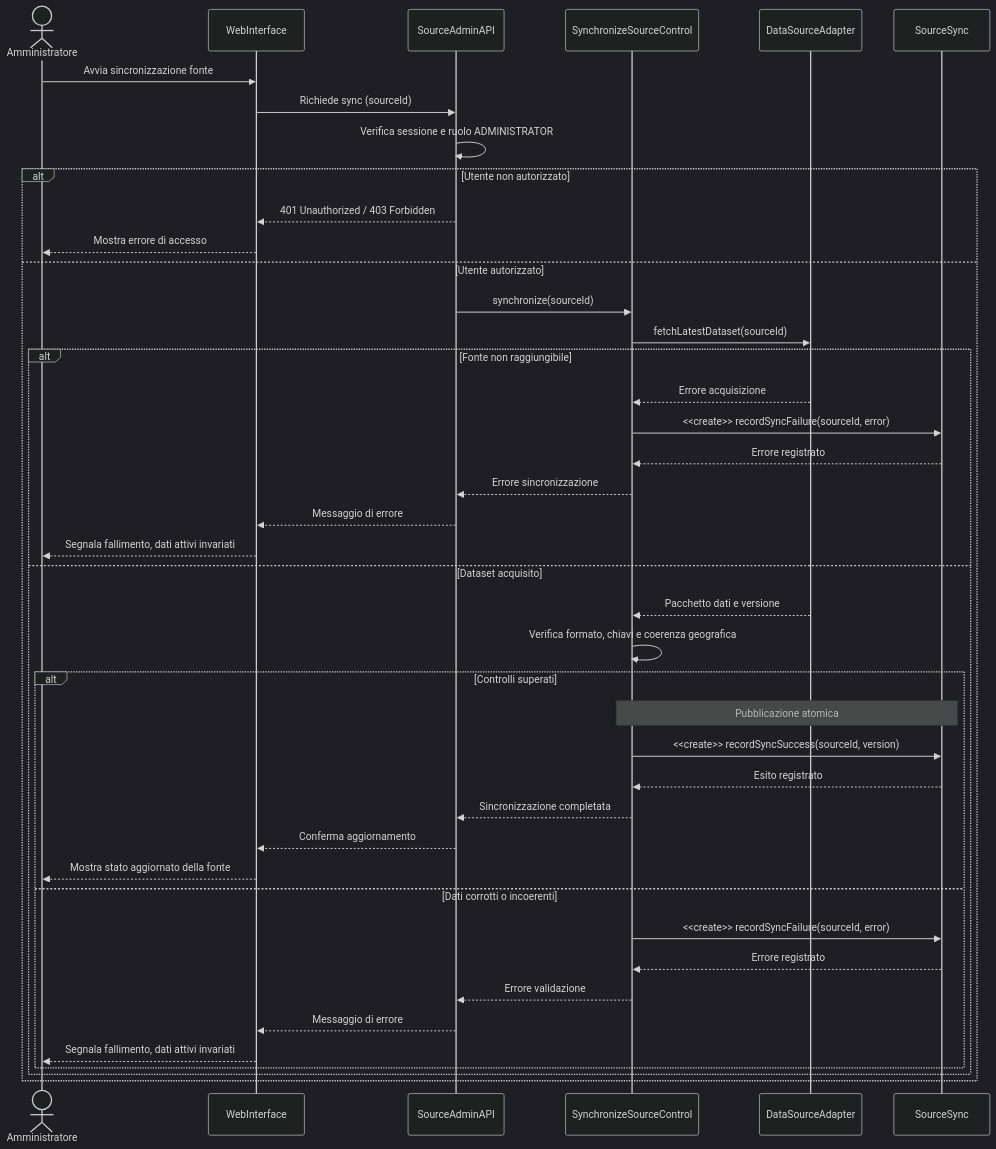
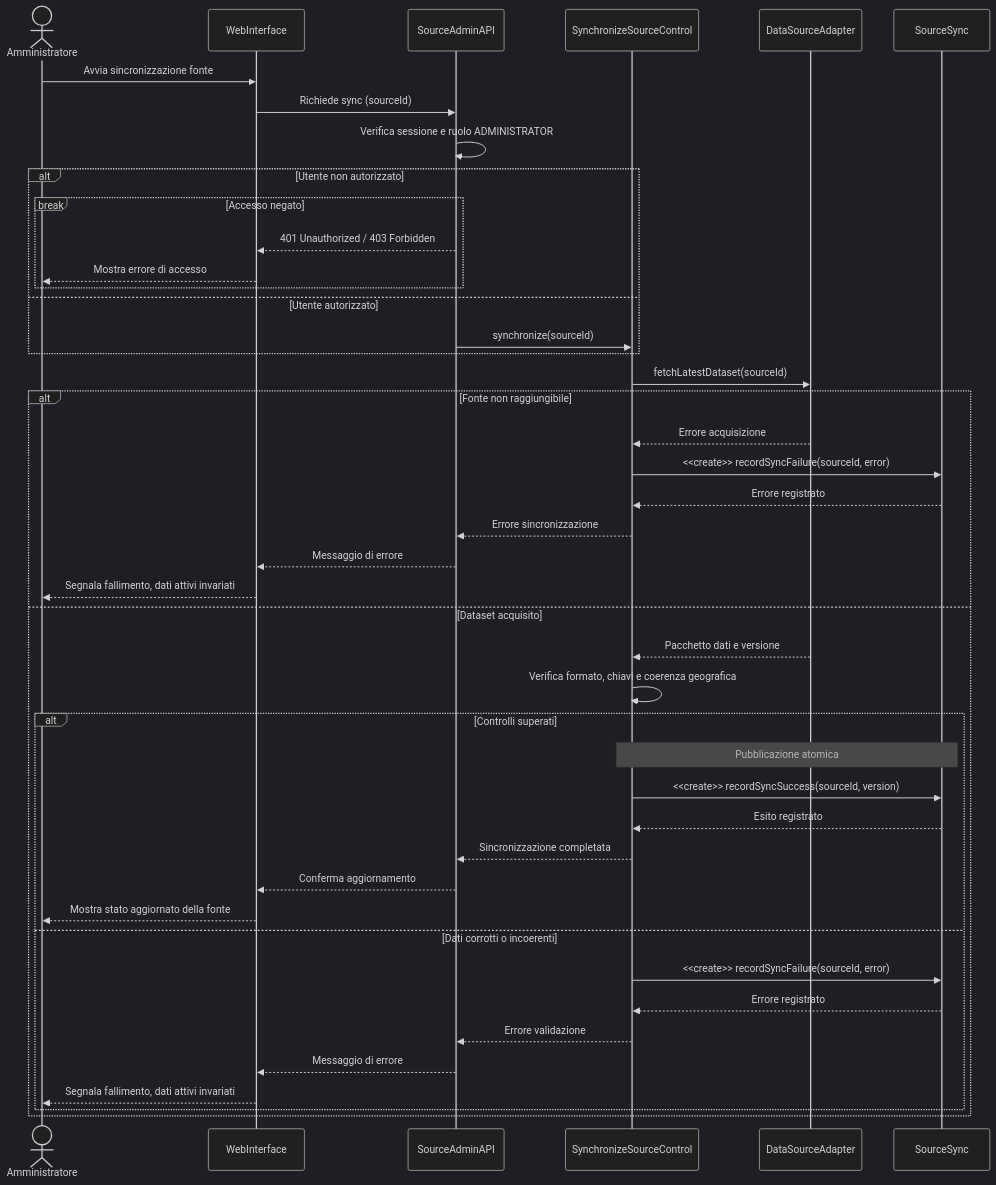
One commit to kairosci/aegis changed the eighth of 12 diagrams in docs/RAD.md. Above: the diagram before and after it, drawn with Mermaid (dark theme). The commit also changed other lines of this file and 2 other files, not shown here.

````diff
--- a/docs/RAD.md
+++ b/docs/RAD.md
@@ -847,44 +749,46 @@
 ```mermaid
 sequenceDiagram
   actor A as Amministratore
   participant UI as WebInterface
   participant API as SourceAdminAPI
   participant UC as SynchronizeSourceControl
   participant DS as DataSourceAdapter
   participant SS as SourceSync
   A->>UI: Avvia sincronizzazione fonte
   UI->>API: Richiede sync (sourceId)
   API->>API: Verifica sessione e ruolo ADMINISTRATOR
   alt Utente non autorizzato
-    API-->>UI: 401 Unauthorized / 403 Forbidden
-    UI-->>A: Mostra errore di accesso
+    break Accesso negato
+      API-->>UI: 401 Unauthorized / 403 Forbidden
+      UI-->>A: Mostra errore di accesso
+    end
   else Utente autorizzato
     API->>UC: synchronize(sourceId)
-    UC->>DS: fetchLatestDataset(sourceId)
-    alt Fonte non raggiungibile
-      DS-->>UC: Errore acquisizione
+  end
+  UC->>DS: fetchLatestDataset(sourceId)
+  alt Fonte non raggiungibile
+    DS-->>UC: Errore acquisizione
+    UC->>SS: <<create>> recordSyncFailure(sourceId, error)
+    SS-->>UC: Errore registrato
+    UC-->>API: Errore sincronizzazione
+    API-->>UI: Messaggio di errore
+    UI-->>A: Segnala fallimento, dati attivi invariati
+  else Dataset acquisito
+    DS-->>UC: Pacchetto dati e versione
+    UC->>UC: Verifica formato, chiavi e coerenza geografica
+    alt Controlli superati
+      Note over UC,SS: Pubblicazione atomica
+      UC->>SS: <<create>> recordSyncSuccess(sourceId, version)
+      SS-->>UC: Esito registrato
+      UC-->>API: Sincronizzazione completata
+      API-->>UI: Conferma aggiornamento
+      UI-->>A: Mostra stato aggiornato della fonte
+    else Dati corrotti o incoerenti
       UC->>SS: <<create>> recordSyncFailure(sourceId, error)
       SS-->>UC: Errore registrato
-      UC-->>API: Errore sincronizzazione
+      UC-->>API: Errore validazione
       API-->>UI: Messaggio di errore
       UI-->>A: Segnala fallimento, dati attivi invariati
-    else Dataset acquisito
-      DS-->>UC: Pacchetto dati e versione
-      UC->>UC: Verifica formato, chiavi e coerenza geografica
-      alt Controlli superati
-        Note over UC,SS: Pubblicazione atomica
-        UC->>SS: <<create>> recordSyncSuccess(sourceId, version)
-        SS-->>UC: Esito registrato
-        UC-->>API: Sincronizzazione completata
-        API-->>UI: Conferma aggiornamento
-        UI-->>A: Mostra stato aggiornato della fonte
-      else Dati corrotti o incoerenti
-        UC->>SS: <<create>> recordSyncFailure(sourceId, error)
-        SS-->>UC: Errore registrato
-        UC-->>API: Errore validazione
-        API-->>UI: Messaggio di errore
-        UI-->>A: Segnala fallimento, dati attivi invariati
-      end
     end
   end
 ```
````
